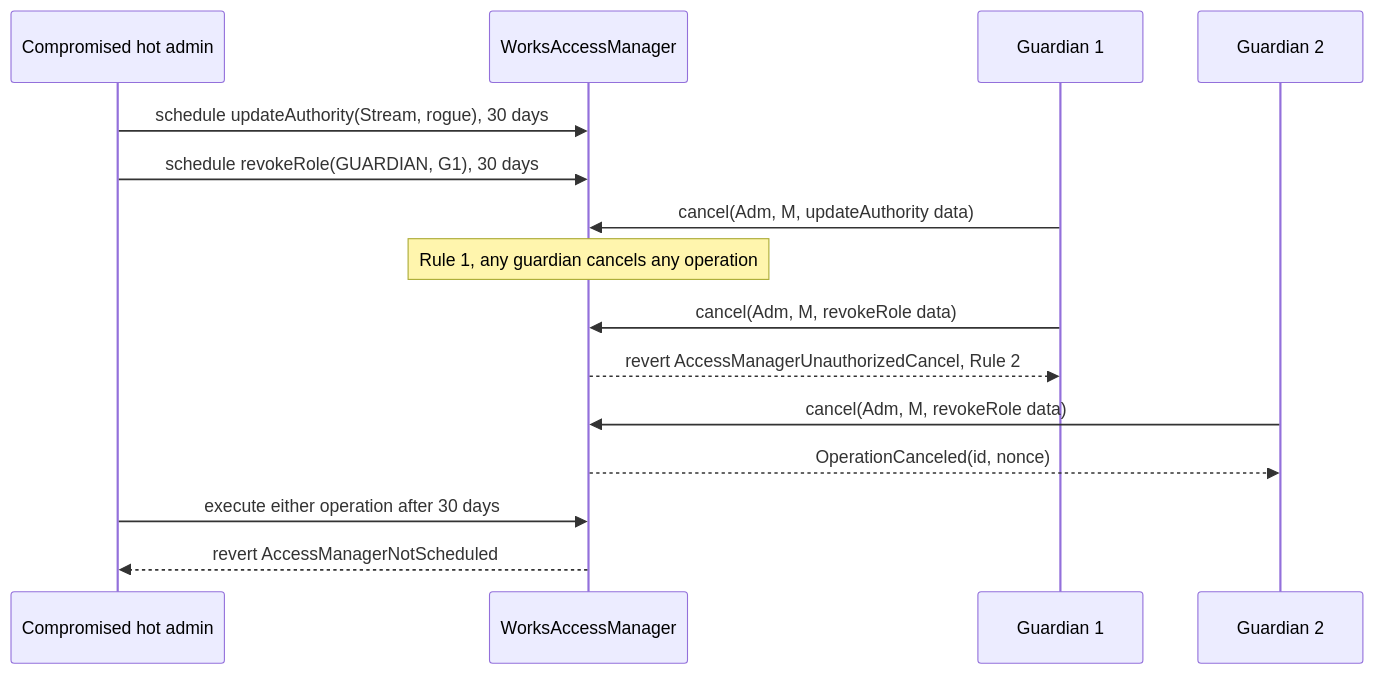
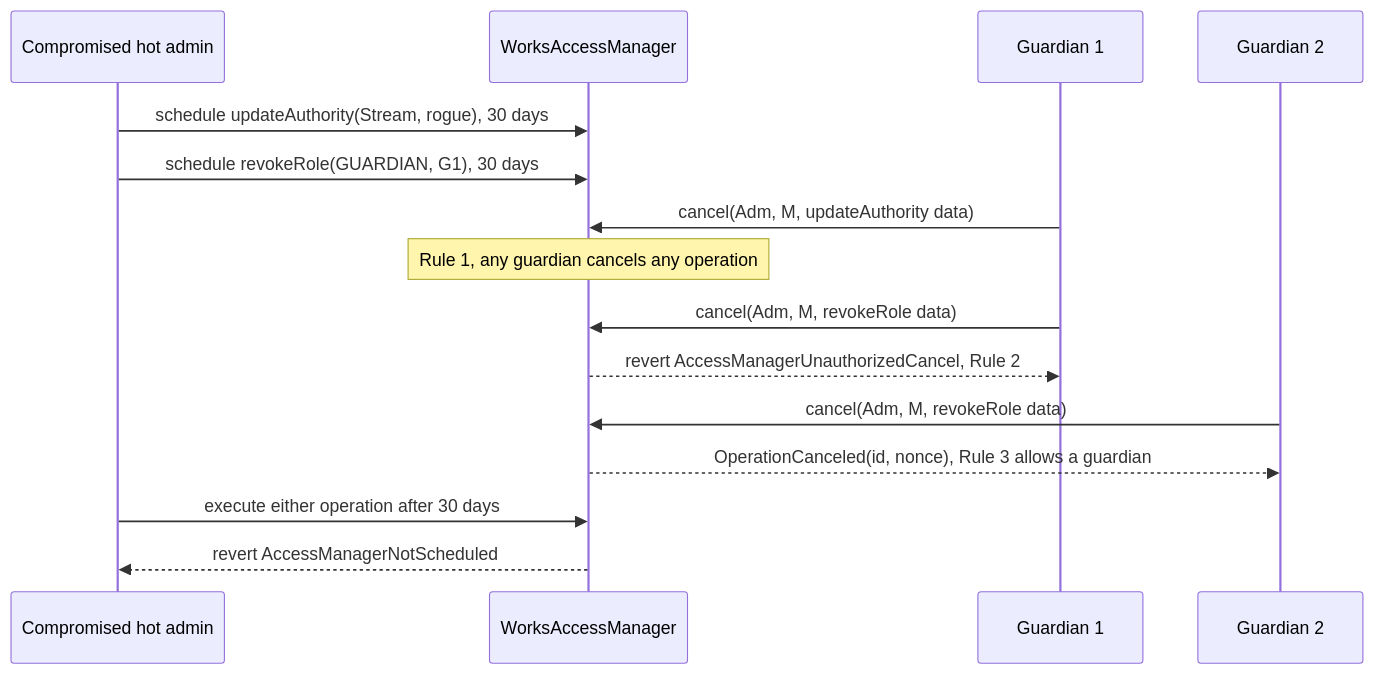
Before and after one commit to 6529-Collections/6529-works: the seventh of 10 diagrams in docs/spec/governance.md, drawn with Mermaid. The commit also changed other lines of this file and 36 other files, not shown here.

````diff
--- a/docs/spec/governance.md
+++ b/docs/spec/governance.md
@@ -695,17 +464,17 @@
 ```mermaid
 sequenceDiagram
     participant Adm as Compromised hot admin
     participant M as WorksAccessManager
     participant G1 as Guardian 1
     participant G2 as Guardian 2
     Adm->>M: schedule updateAuthority(Stream, rogue), 30 days
     Adm->>M: schedule revokeRole(GUARDIAN, G1), 30 days
     G1->>M: cancel(Adm, M, updateAuthority data)
     Note over M: Rule 1, any guardian cancels any operation
     G1->>M: cancel(Adm, M, revokeRole data)
     M-->>G1: revert AccessManagerUnauthorizedCancel, Rule 2
     G2->>M: cancel(Adm, M, revokeRole data)
-    M-->>G2: OperationCanceled(id, nonce)
+    M-->>G2: OperationCanceled(id, nonce), Rule 3 allows a guardian
     Adm->>M: execute either operation after 30 days
     M-->>Adm: revert AccessManagerNotScheduled
 ```
````
